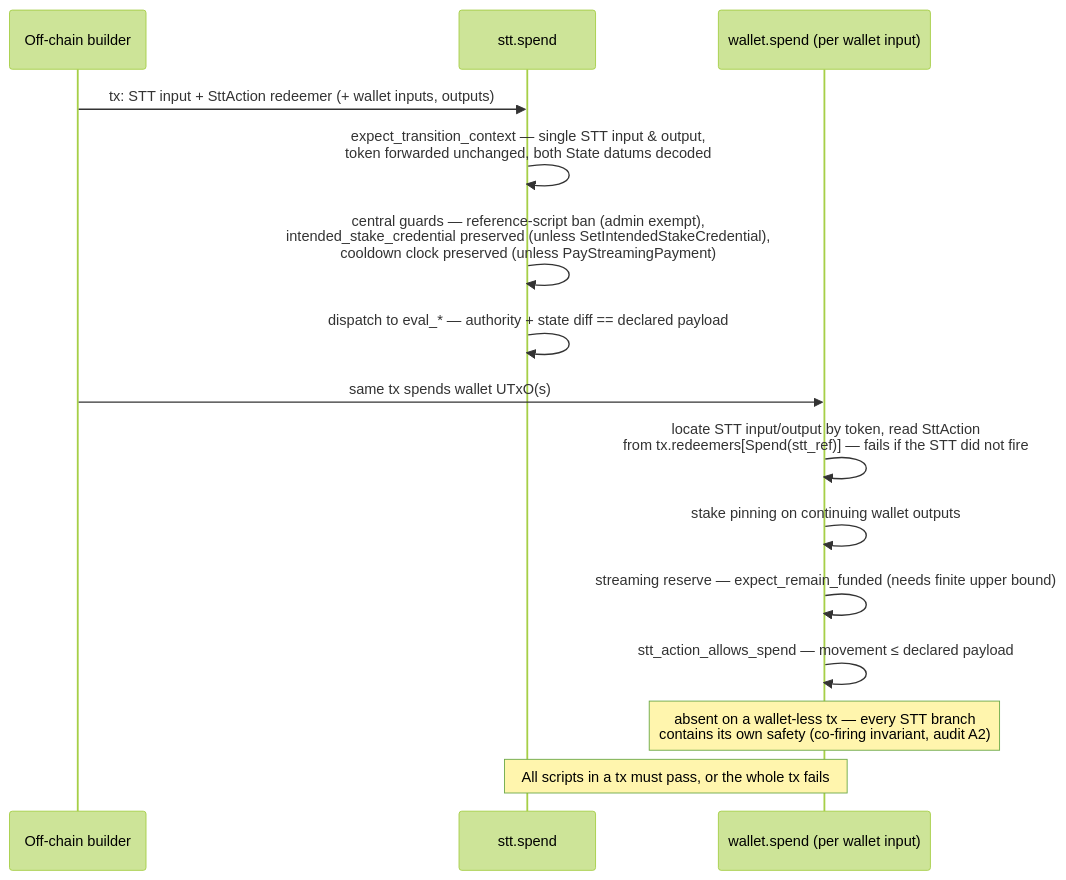
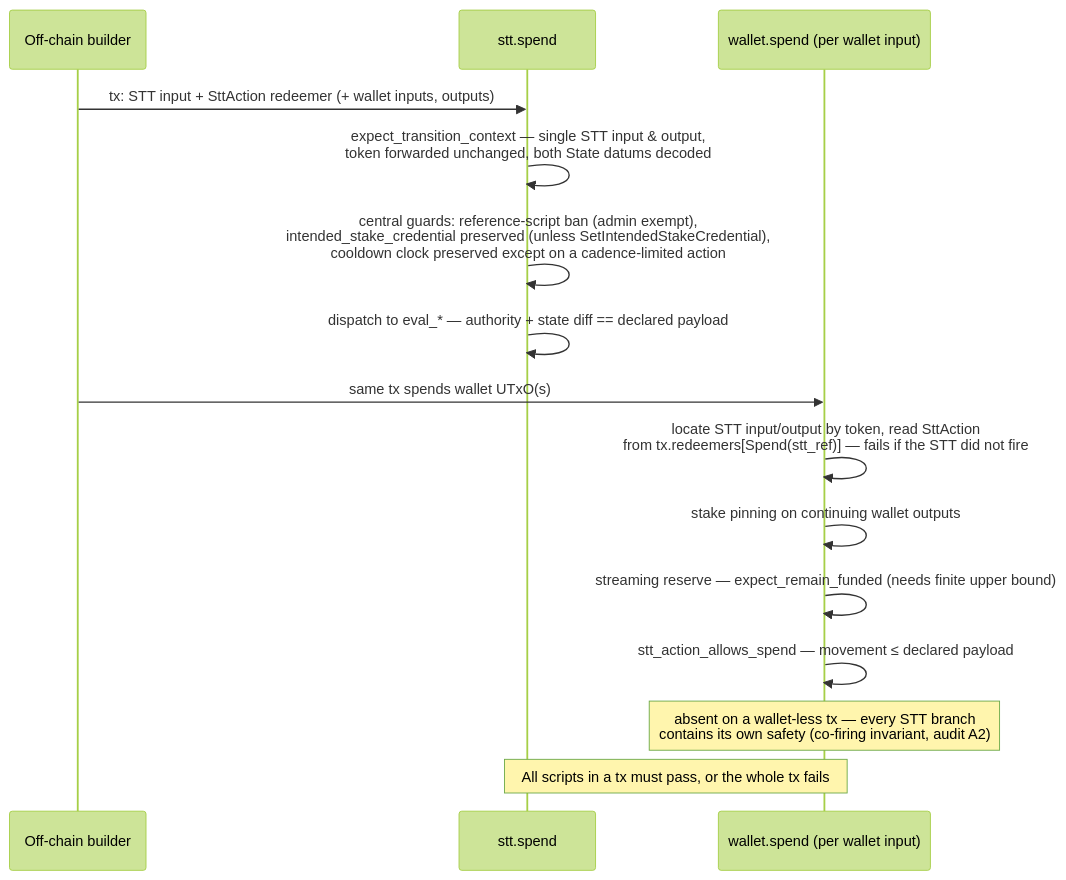
One commit to schaier-io/epora-wallet changed the second of 5 diagrams in code/smart-contract/INTERACTIONS.md. Above: the diagram before and after it, drawn with Mermaid (forest theme). The commit also changed other lines of this file and 163 other files, not shown here.

````diff
--- a/code/smart-contract/INTERACTIONS.md
+++ b/code/smart-contract/INTERACTIONS.md
@@ -42,17 +42,17 @@
 ```mermaid
 sequenceDiagram
   participant B as Off-chain builder
   participant S as stt.spend
   participant W as wallet.spend (per wallet input)
   B->>S: tx: STT input + SttAction redeemer (+ wallet inputs, outputs)
   S->>S: expect_transition_context — single STT input & output,<br/>token forwarded unchanged, both State datums decoded
-  S->>S: central guards — reference-script ban (admin exempt),<br/>intended_stake_credential preserved (unless SetIntendedStakeCredential),<br/>cooldown clock preserved (unless PayStreamingPayment)
+  S->>S: central guards: reference-script ban (admin exempt),<br/>intended_stake_credential preserved (unless SetIntendedStakeCredential),<br/>cooldown clock preserved except on a cadence-limited action
   S->>S: dispatch to eval_* — authority + state diff == declared payload
   B->>W: same tx spends wallet UTxO(s)
   W->>W: locate STT input/output by token, read SttAction<br/>from tx.redeemers[Spend(stt_ref)] — fails if the STT did not fire
   W->>W: stake pinning on continuing wallet outputs
   W->>W: streaming reserve — expect_remain_funded (needs finite upper bound)
   W->>W: stt_action_allows_spend — movement ≤ declared payload
   Note over W: absent on a wallet-less tx — every STT branch<br/>contains its own safety (co-firing invariant, audit A2)
   Note over S,W: All scripts in a tx must pass, or the whole tx fails
 ```
````
